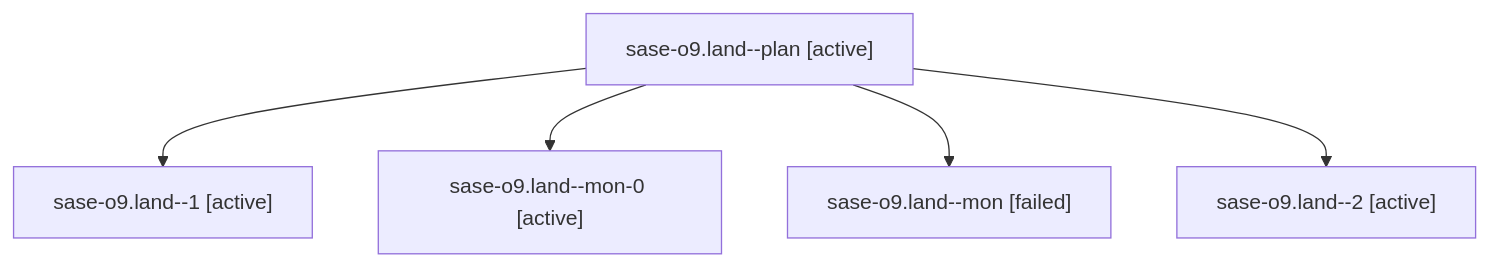
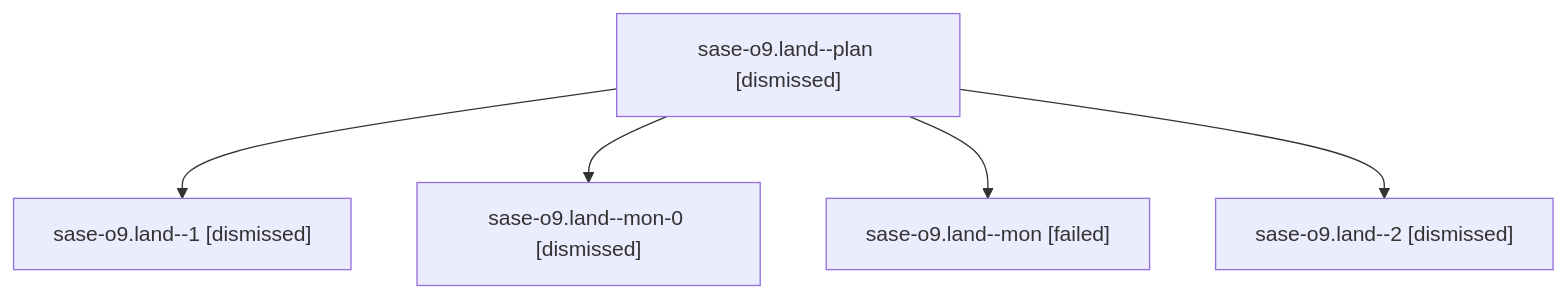
One commit to sase-org/sase--agents changed the diagram in sessions/bbugyi200.athena.sase-o9.land.md. Above: the diagram before and after it, drawn with Mermaid. The commit also changed other lines of this file and 134 other files, not shown here.

````diff
--- a/sessions/bbugyi200.athena.sase-o9.land.md
+++ b/sessions/bbugyi200.athena.sase-o9.land.md
@@ -9,12 +9,12 @@
 ```mermaid
 flowchart TD
-  n0["sase-o9.land--plan [active]"]
-  n1["sase-o9.land--1 [active]"]
+  n0["sase-o9.land--plan [dismissed]"]
+  n1["sase-o9.land--1 [dismissed]"]
   n0 --> n1
-  n2["sase-o9.land--mon-0 [active]"]
+  n2["sase-o9.land--mon-0 [dismissed]"]
   n0 --> n2
   n3["sase-o9.land--mon [failed]"]
   n0 --> n3
-  n4["sase-o9.land--2 [active]"]
+  n4["sase-o9.land--2 [dismissed]"]
   n0 --> n4
 ```
````
